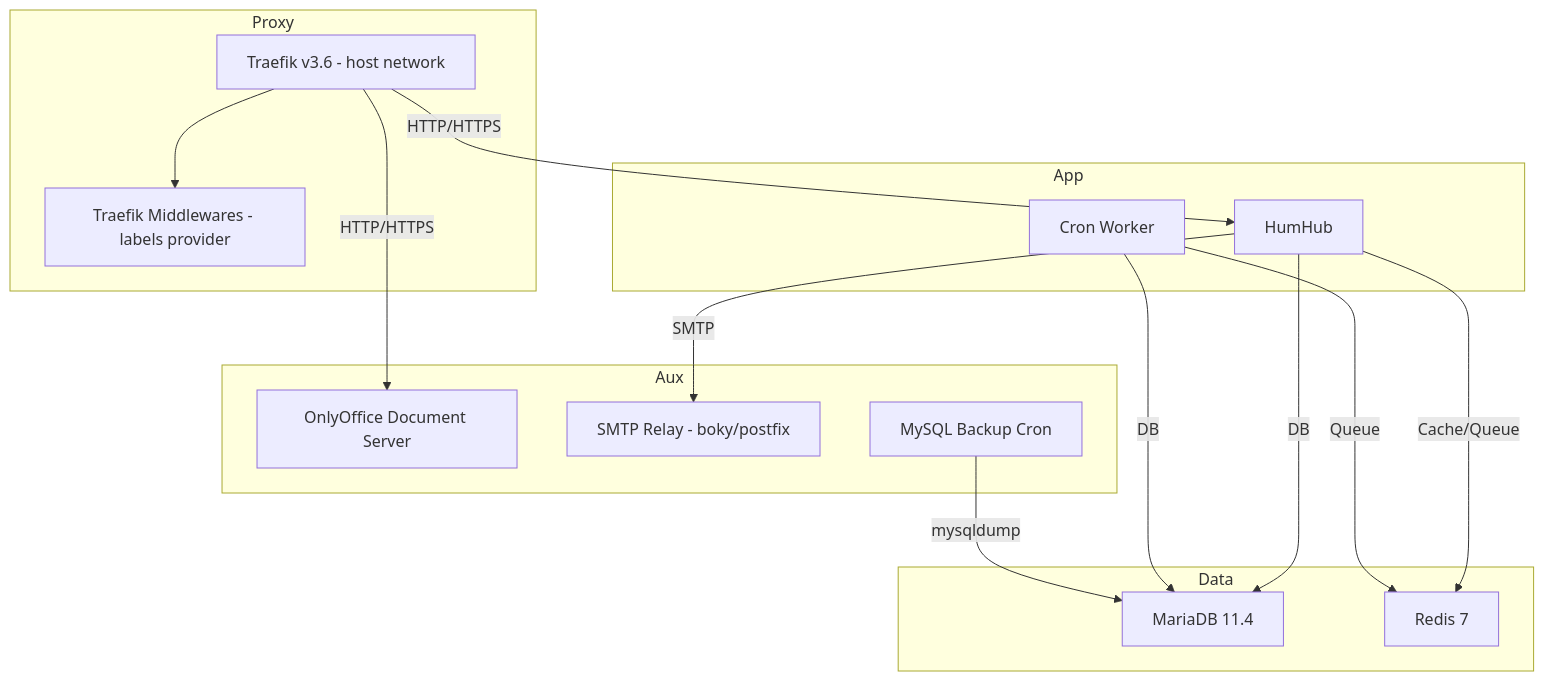
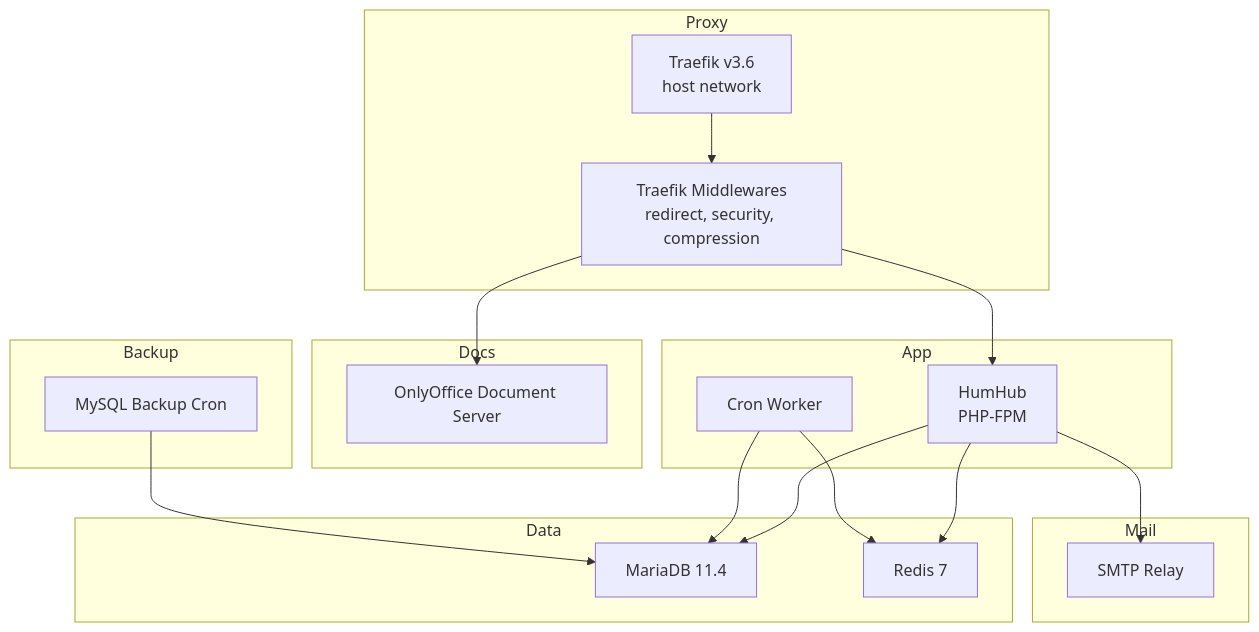
Before and after one commit to martdj/Humhub: the diagram in README.md, drawn with Mermaid. The commit also changed other lines of this file, not shown here.

````diff
--- a/README.md
+++ b/README.md
@@ -32,35 +41,43 @@
 ```mermaid
 flowchart TD
+
     subgraph Proxy
-        T[Traefik v3.6 - host network]
-        TM[Traefik Middlewares - labels provider]
+        T[Traefik v3.6<br/>host network]
+        TM[Traefik Middlewares<br/>redirect, security, compression]
     end
 
     subgraph App
-        H[HumHub]
+        H[HumHub<br/>PHP-FPM]
         C[Cron Worker]
     end
 
     subgraph Data
         M[MariaDB 11.4]
         R[Redis 7]
     end
 
-    subgraph Aux
+    subgraph Docs
         O[OnlyOffice Document Server]
-        S[SMTP Relay - boky/postfix]
+    end
+
+    subgraph Mail
+        S[SMTP Relay]
+    end
+
+    subgraph Backup
         B[MySQL Backup Cron]
     end
 
-    T -->|HTTP/HTTPS| H
-    T -->|HTTP/HTTPS| O
     T --> TM
+    TM --> H
+    TM --> O
 
-    H -->|DB| M
-    H -->|Cache/Queue| R
-    C -->|DB| M
-    C -->|Queue| R
+    H --> M
+    H --> R
+    H --> S
 
-    B -->|mysqldump| M
-    H -->|SMTP| S
+    C --> M
+    C --> R
+
+    B --> M
 ```
````
